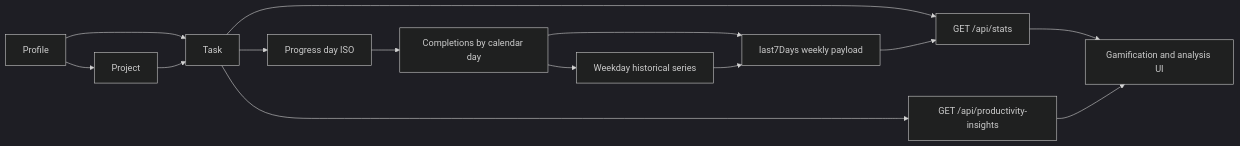
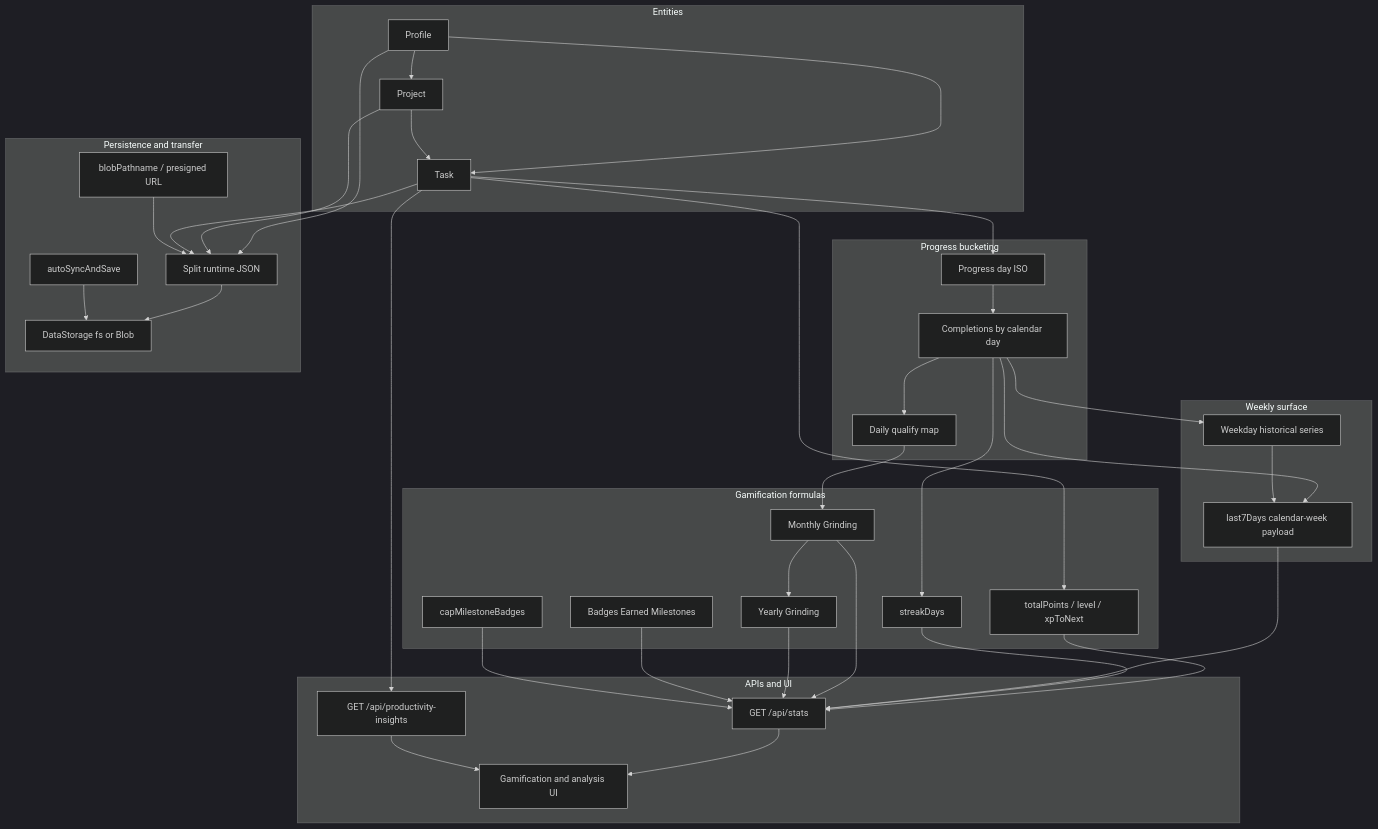
The diagram in docs/VARIABLES.md (RifqiMT/focista-schedulo), drawn with Mermaid (dark theme) before and after one commit. The commit also changed other lines of this file and 54 other files, not shown here.

First line of the commit message:
feat: Vercel Blob storage, large import/export, and production UX hardening

````diff
--- a/docs/VARIABLES.md
+++ b/docs/VARIABLES.md
@@ -12,27 +12,71 @@
 ```mermaid
-flowchart LR
-  Profile[Profile]
-  Project[Project]
-  Task[Task]
-  PD[Progress day ISO]
-  CBD[Completions by calendar day]
-  WTS[Weekday historical series]
-  L7[last7Days weekly payload]
-  Stats[GET /api/stats]
-  Insights[GET /api/productivity-insights]
-  UI[Gamification and analysis UI]
+flowchart TB
+  subgraph Entities
+    Profile[Profile]
+    Project[Project]
+    Task[Task]
+  end
+
+  subgraph Progress bucketing
+    PD[Progress day ISO]
+    CBD[Completions by calendar day]
+    DQ[Daily qualify map]
+  end
+
+  subgraph Weekly surface
+    WTS[Weekday historical series]
+    L7[last7Days calendar-week payload]
+  end
+
+  subgraph Gamification formulas
+    XP[totalPoints / level / xpToNext]
+    Streak[streakDays]
+    MG[Monthly Grinding]
+    YG[Yearly Grinding]
+    BEM[Badges Earned Milestones]
+    Cap[capMilestoneBadges]
+  end
+
+  subgraph APIs and UI
+    Stats[GET /api/stats]
+    Insights[GET /api/productivity-insights]
+    UI[Gamification and analysis UI]
+  end
+
+  subgraph Persistence and transfer
+    Runtime[Split runtime JSON]
+    Store[DataStorage fs or Blob]
+    BlobXfer[blobPathname / presigned URL]
+    Auto[autoSyncAndSave]
+  end
 
   Profile --> Project
   Profile --> Task
   Project --> Task
   Task --> PD
   PD --> CBD
+  CBD --> DQ
   CBD --> WTS
   CBD --> L7
   WTS --> L7
-  Task --> Stats
+  Task --> XP
+  CBD --> Streak
+  DQ --> MG
+  MG --> YG
+  XP --> Stats
+  Streak --> Stats
   L7 --> Stats
+  MG --> Stats
+  YG --> Stats
+  BEM --> Stats
+  Cap --> Stats
   Stats --> UI
   Task --> Insights
   Insights --> UI
+  Profile --> Runtime
+  Project --> Runtime
+  Task --> Runtime
+  Runtime --> Store
+  BlobXfer --> Runtime
+  Auto --> Store
 ```
````
